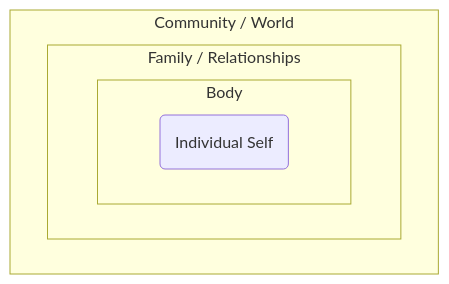
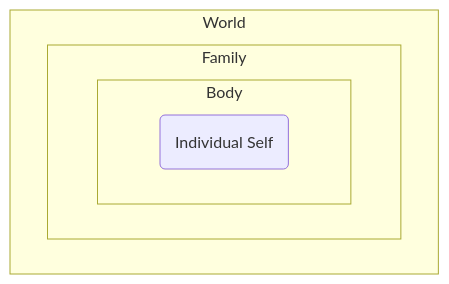
Before and after one commit to DoctorKhan/Works: the diagram in Avatar Journey.md, drawn with Mermaid. The commit also changed other lines of this file, not shown here.

````diff
--- a/Avatar Journey.md
+++ b/Avatar Journey.md
@@ -46,13 +32,13 @@
 ```mermaid
 graph TD
-    subgraph Outer Container [Community / World]
+    subgraph World [World]
         direction LR
-        subgraph Middle Container [Family / Relationships]
+        subgraph Family [Family]
             direction LR
-            subgraph Inner Container [Body]
+            subgraph Body [Body]
                 direction LR
                 B(Individual Self)
             end
         end
     end
 ```
````
